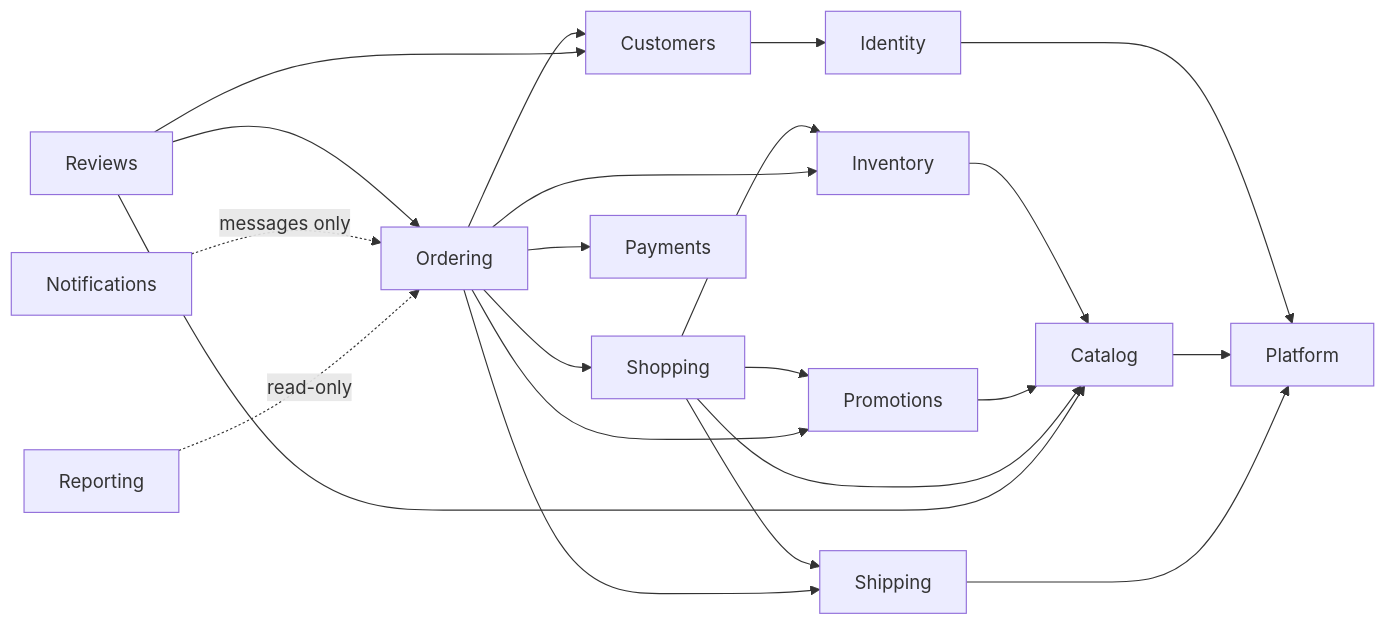
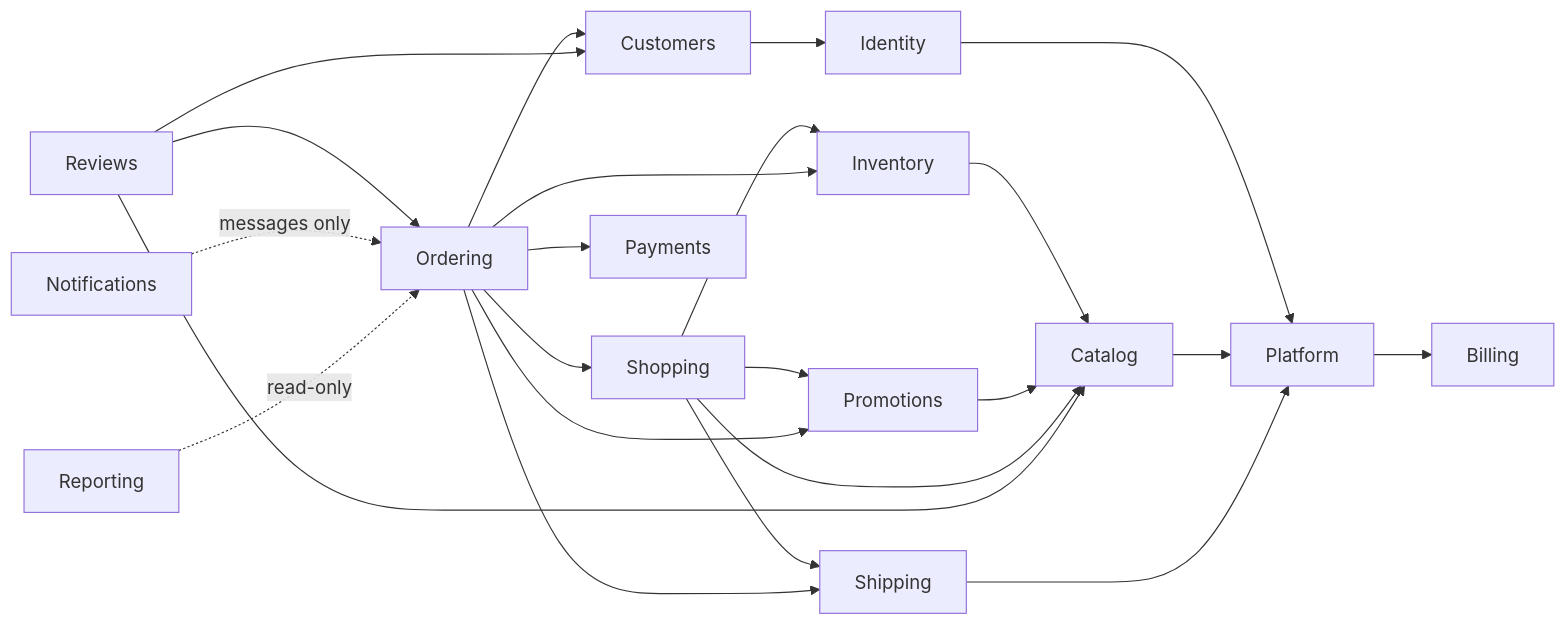
Before and after one commit to Aws03/Souq: the diagram in docs/02-ARCHITECTURE/ModuleBoundaries.md, drawn with Mermaid. The commit also changed other lines of this file and 91 other files, not shown here.

````diff
--- a/docs/02-ARCHITECTURE/ModuleBoundaries.md
+++ b/docs/02-ARCHITECTURE/ModuleBoundaries.md
@@ -47,25 +48,26 @@
 ```mermaid
 flowchart LR
     Platform
+    Platform --> Billing
     Identity --> Platform
     Customers --> Identity
     Catalog --> Platform
     Inventory --> Catalog
     Promotions --> Catalog
     Shipping --> Platform
     Shopping --> Catalog
     Shopping --> Inventory
     Shopping --> Promotions
     Shopping --> Shipping
     Ordering --> Shopping
     Ordering --> Inventory
     Ordering --> Promotions
     Ordering --> Payments
     Ordering --> Shipping
     Ordering --> Customers
     Reviews --> Ordering
     Reviews --> Catalog
     Reviews --> Customers
     Notifications -.->|"messages only"| Ordering
     Reporting -.->|"read-only"| Ordering
 ```
````
